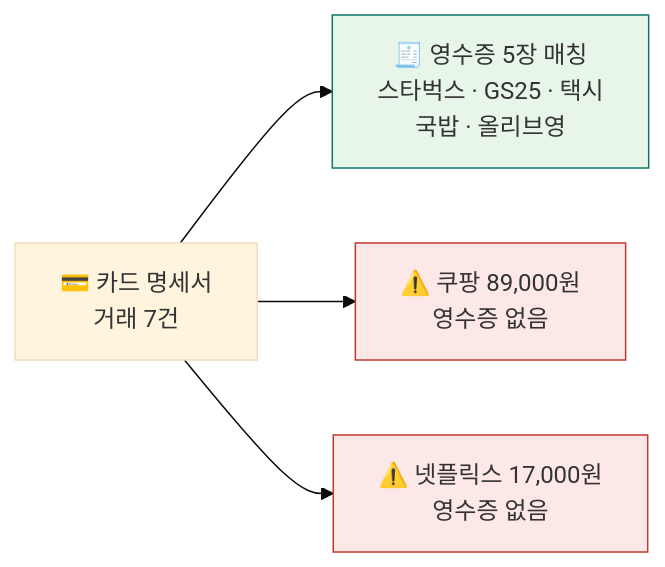
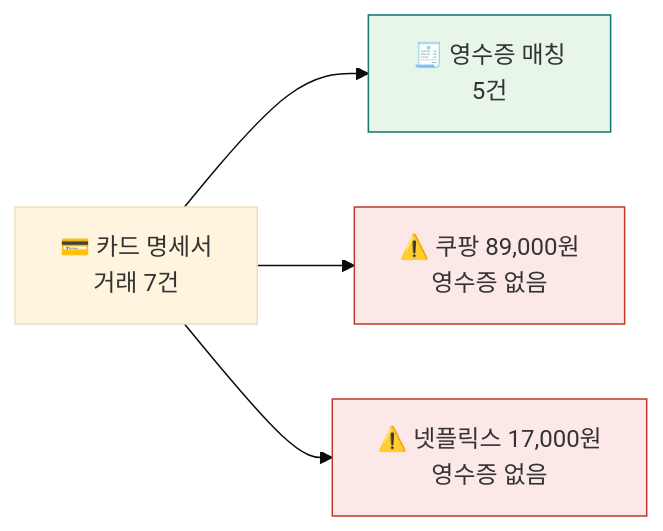
One commit to Yo-sure/deepagents-handson changed the first of 2 diagrams in books/md/Chapter 0. 환경 셋업.md. Above: the diagram before and after it, drawn with Mermaid (base theme). The commit also changed other lines of this file, not shown here.

````diff
--- a/books/md/Chapter 0. 환경 셋업.md
+++ b/books/md/Chapter 0. 환경 셋업.md
@@ -308,10 +309,10 @@
 ```mermaid
 flowchart LR
     CARD["💳 카드 명세서<br/>거래 7건"]
-    CARD --> M["🧾 영수증 5장 매칭<br/>스타벅스 · GS25 · 택시<br/>국밥 · 올리브영"]
+    CARD --> M["🧾 영수증 매칭<br/>5건"]
     CARD --> X1["⚠️ 쿠팡 89,000원<br/>영수증 없음"]
     CARD --> X2["⚠️ 넷플릭스 17,000원<br/>영수증 없음"]
     style M fill:#e8f5e9,stroke:#0f766e
     style X1 fill:#fde8e8,stroke:#c0392b
     style X2 fill:#fde8e8,stroke:#c0392b
 ```
````
